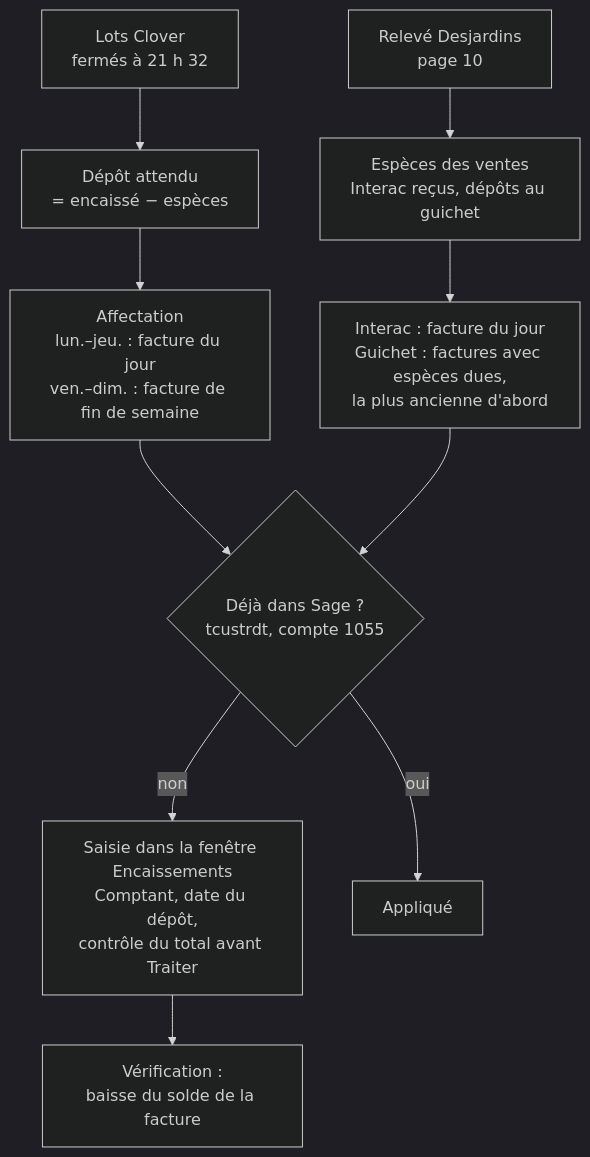
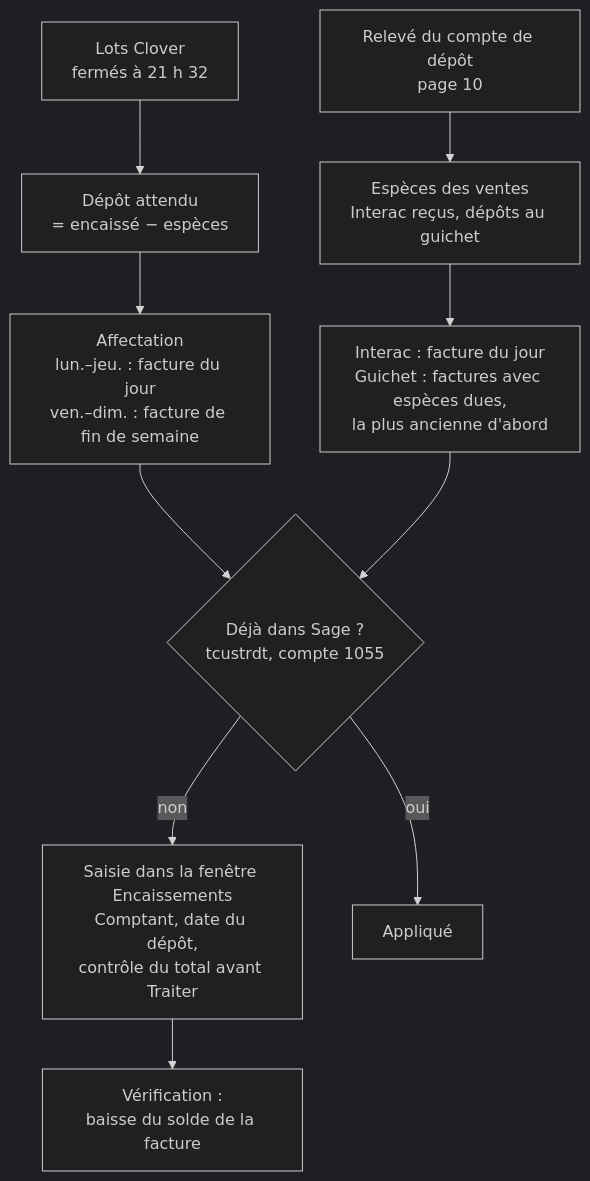
One commit to mteingueng-dot/MVOGMBI_Sync_2026.1 changed the sixth of 23 diagrams in ARCHITECTURE.md. Above: the diagram before and after it, drawn with Mermaid (dark theme). The commit also changed other lines of this file and 41 other files, not shown here.

````diff
--- a/ARCHITECTURE.md
+++ b/ARCHITECTURE.md
@@ -314,11 +315,11 @@
 ```mermaid
 flowchart TD
     L["Lots Clover<br/>fermés à 21 h 32"] --> D["Dépôt attendu<br/>= encaissé − espèces"]
-    R["Relevé Desjardins<br/>page 10"] --> E["Espèces des ventes<br/>Interac reçus, dépôts au guichet"]
+    R["Relevé du compte de dépôt<br/>page 10"] --> E["Espèces des ventes<br/>Interac reçus, dépôts au guichet"]
     D --> A["Affectation<br/>lun.–jeu. : facture du jour<br/>ven.–dim. : facture de fin de semaine"]
     E --> A2["Interac : facture du jour<br/>Guichet : factures avec espèces dues,<br/>la plus ancienne d'abord"]
     A & A2 --> V{"Déjà dans Sage ?<br/>tcustrdt, compte 1055"}
     V -- non --> W["Saisie dans la fenêtre Encaissements<br/>Comptant, date du dépôt,<br/>contrôle du total avant Traiter"]
     W --> Y["Vérification :<br/>baisse du solde de la facture"]
     V -- oui --> OK["Appliqué"]
 ```
````
